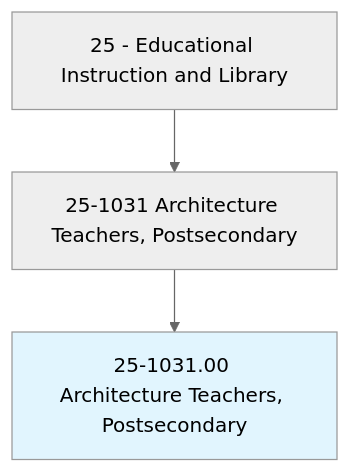
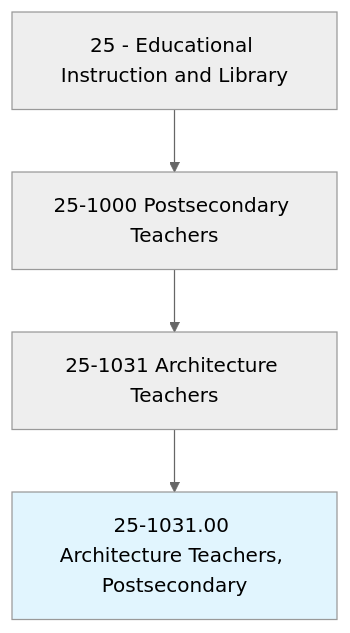
Before and after one commit to kziemski/business.org.ai: the first of 4 diagrams in occupations/Education/ArchitectureTeachersPostsecondary.mdx, drawn with Mermaid (neutral theme). The commit also changed other lines of this file and 938 other files, not shown here.

````diff
--- a/occupations/Education/ArchitectureTeachersPostsecondary.mdx
+++ b/occupations/Education/ArchitectureTeachersPostsecondary.mdx
@@ -19,6 +23,7 @@
 ```mermaid
 graph TD
-    Cat25["25 - Educational Instruction and Library"] --> Group251031["25-1031 Architecture Teachers, Postsecondary"]
+    Cat25["25 - Educational Instruction and Library"] --> Group251["25-1000 Postsecondary Teachers"]
+    Group251 --> Group251031["25-1031 Architecture Teachers"]
     Group251031 --> Current["25-1031.00 Architecture Teachers, Postsecondary"]
     style Current fill:#e1f5fe
 ```
````
